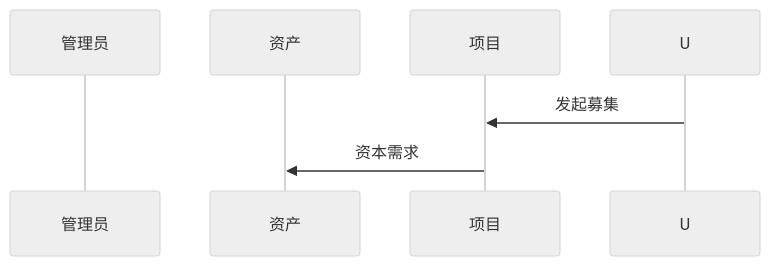
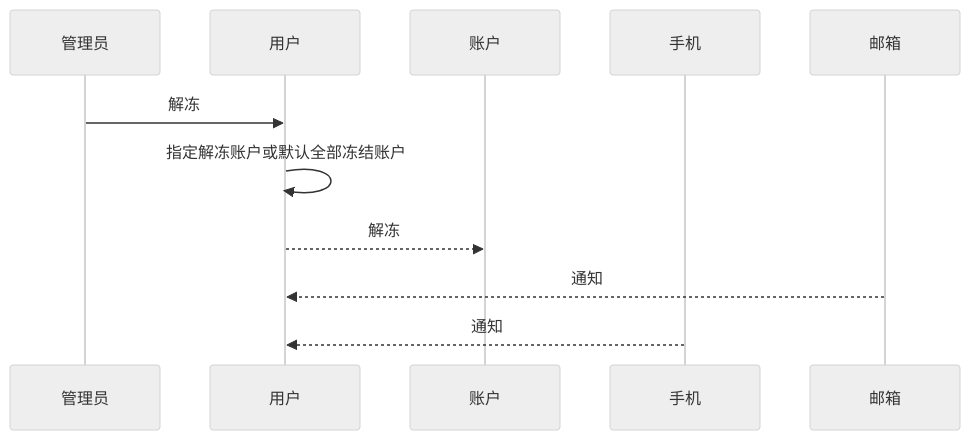
Before and after one commit to neomaclin/designdoc: the fifth of 6 diagrams in Readme.md, drawn with Mermaid (neutral theme). The commit also changed other lines of this file, not shown here.

````diff
--- a/Readme.md
+++ b/Readme.md
@@ -78,11 +89,16 @@
 ```mermaid
 
 sequenceDiagram
-    participant S as 管理员
-    participant A as 资产
-    participant P as 项目
+    participant s as 管理员
+    participant u as 用户
+    participant a as 账户
+    participant p as 手机
+    participant m as 邮箱
 
-    U->>P: 发起募集
-    P->>A: 资本需求
+    s->>u: 解冻
+    u->>u: 指定解冻账户或默认全部冻结账户
+    u-->>a: 解冻
+    m-->>u: 通知
+    p-->>u: 通知
 
 ```
````
